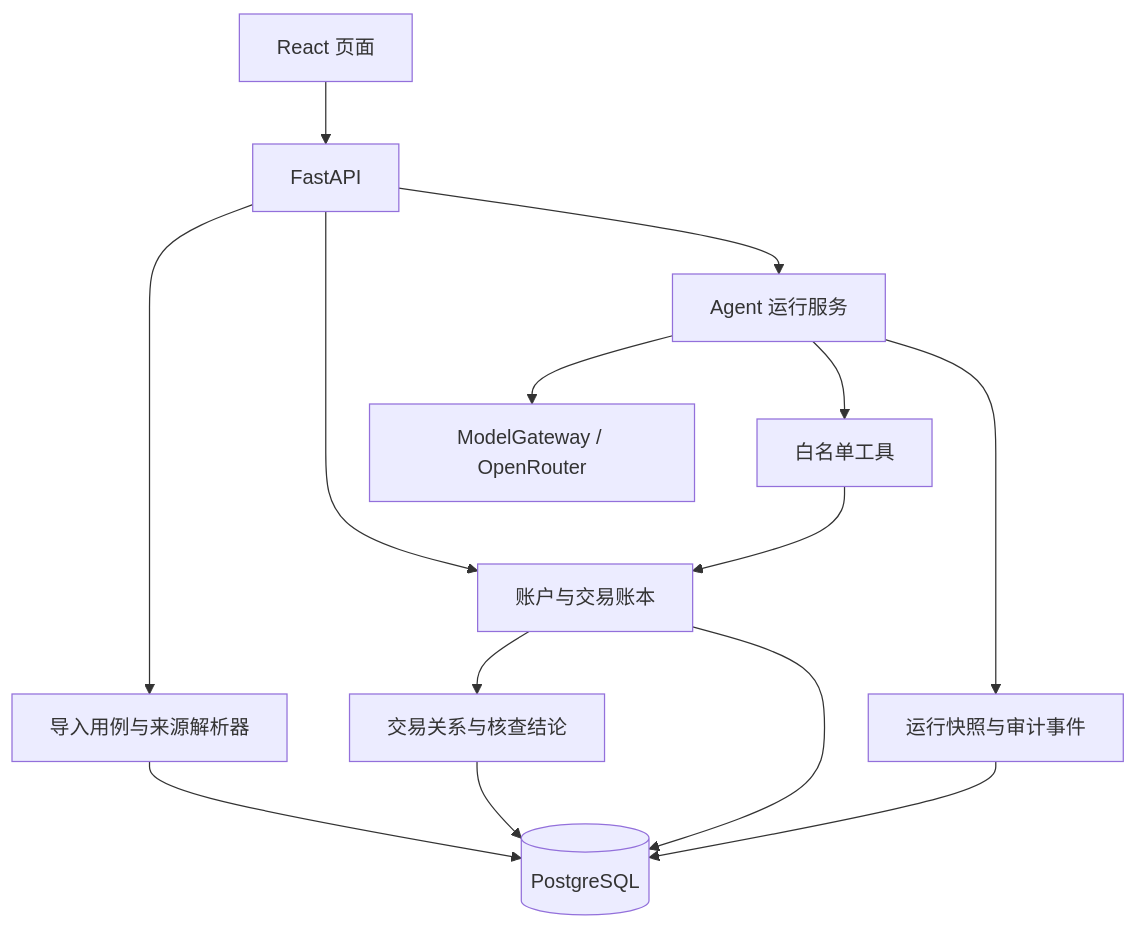
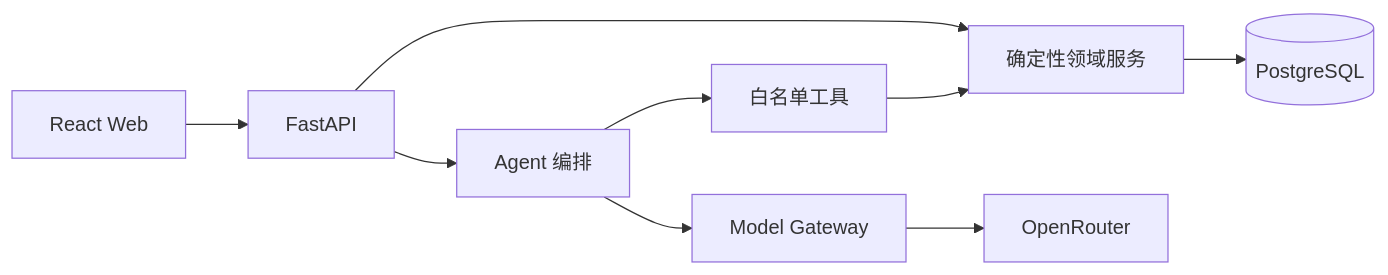
Before and after one commit to Masterora/bankpilot-agent: the third of 4 diagrams in README.md, drawn with Mermaid. The commit also changed other lines of this file and 30 other files, not shown here.

````diff
--- a/README.md
+++ b/README.md
@@ -80,16 +44,11 @@
 ```mermaid
-flowchart TB
-    W[React 页面] --> API[FastAPI]
-    API --> I[导入用例与来源解析器]
-    API --> L[账户与交易账本]
-    L --> R[交易关系与核查结论]
-    API --> A[Agent 运行服务]
-    A --> M[ModelGateway / OpenRouter]
-    A --> T[白名单工具]
-    T --> L
-    I --> DB[(PostgreSQL)]
-    L --> DB
-    A --> E[运行快照与审计事件]
-    R --> DB
-    E --> DB
+flowchart LR
+    UI[React Web] --> API[FastAPI]
+    API --> CORE[确定性领域服务]
+    CORE --> DB[(PostgreSQL)]
+    API --> AGENT[Agent 编排]
+    AGENT --> MODEL[Model Gateway]
+    MODEL --> OR[OpenRouter]
+    AGENT --> TOOLS[白名单工具]
+    TOOLS --> CORE
 ```
````
